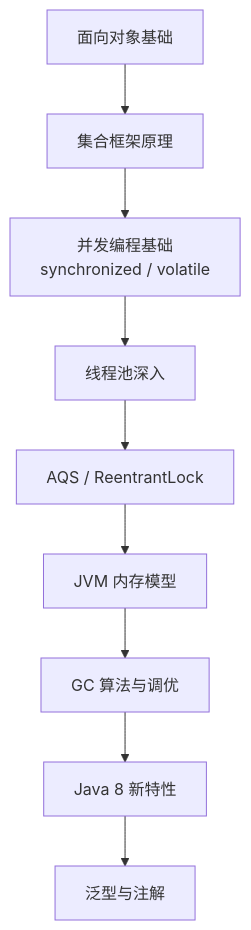
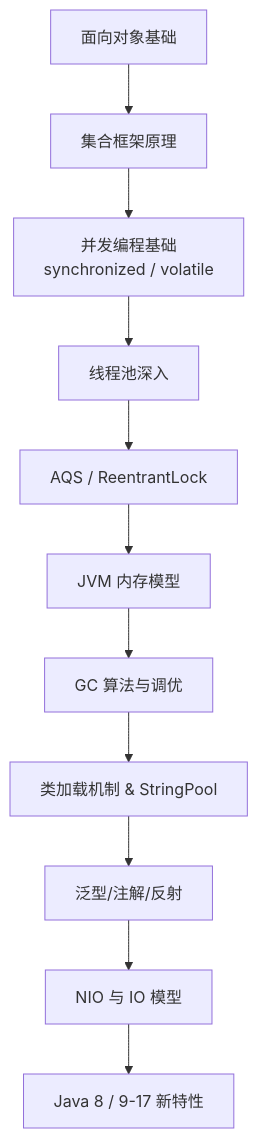
The second of 2 diagrams in docs/01-java-basic/00-Java基础与JVM概览.md (b1tzer/b1tzer.github.io), drawn with Mermaid before and after one commit. The commit also changed other lines of this file and 1 other file, not shown here.

````diff
--- a/docs/01-java-basic/00-Java基础与JVM概览.md
+++ b/docs/01-java-basic/00-Java基础与JVM概览.md
@@ -96,11 +114,13 @@
 ```mermaid
 flowchart TD
     A[面向对象基础] --> B[集合框架原理]
     B --> C["并发编程基础<br>synchronized / volatile"]
     C --> D[线程池深入]
     D --> E[AQS / ReentrantLock]
     E --> F[JVM 内存模型]
     F --> G[GC 算法与调优]
-    G --> H[Java 8 新特性]
-    H --> I[泛型与注解]
+    G --> H[类加载机制 & StringPool]
+    H --> I[泛型/注解/反射]
+    I --> J[NIO 与 IO 模型]
+    J --> K[Java 8 / 9-17 新特性]
 ```
````
